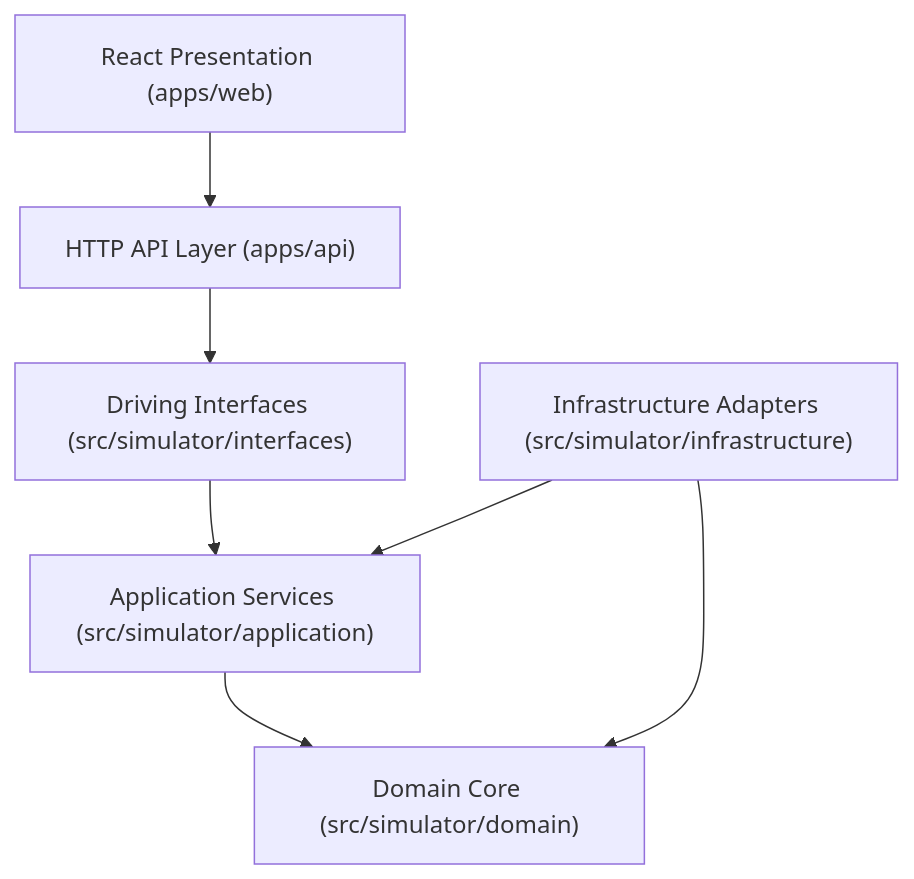
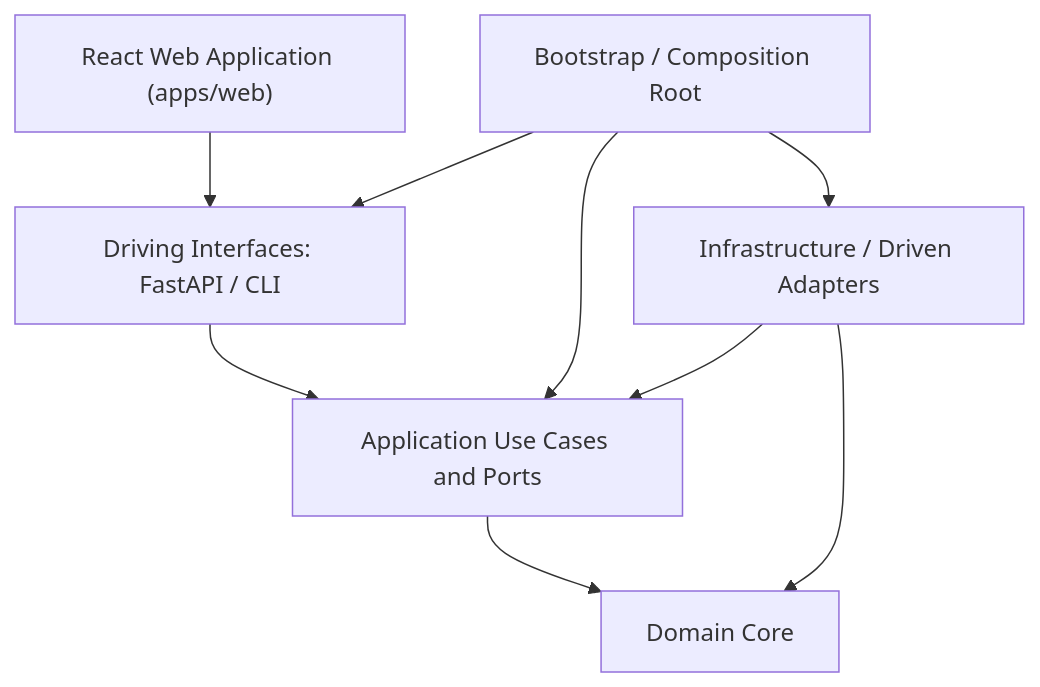
The diagram in docs/ARCHITECTURE.md (Pablo-gitub/optees-decision-simulator), drawn with Mermaid before and after one commit. The commit also changed other lines of this file, not shown here.

Commit message:
Define simulator application architecture

````diff
--- a/docs/ARCHITECTURE.md
+++ b/docs/ARCHITECTURE.md
@@ -54,9 +72,11 @@
 ```mermaid
 flowchart TB
-    Web["React Presentation (apps/web)"] --> HTTP["HTTP API Layer (apps/api)"]
-    HTTP --> Interfaces["Driving Interfaces (src/simulator/interfaces)"]
-    Interfaces --> Application["Application Services (src/simulator/application)"]
-    Application --> Domain["Domain Core (src/simulator/domain)"]
-    Infrastructure["Infrastructure Adapters (src/simulator/infrastructure)"] --> Application
+    Web["React Web Application (apps/web)"] --> Interfaces["Driving Interfaces: FastAPI / CLI"]
+    Interfaces --> Application["Application Use Cases and Ports"]
+    Application --> Domain["Domain Core"]
+    Infrastructure["Infrastructure / Driven Adapters"] --> Application
     Infrastructure --> Domain
+    Bootstrap["Bootstrap / Composition Root"] --> Interfaces
+    Bootstrap --> Application
+    Bootstrap --> Infrastructure
 ```
````
